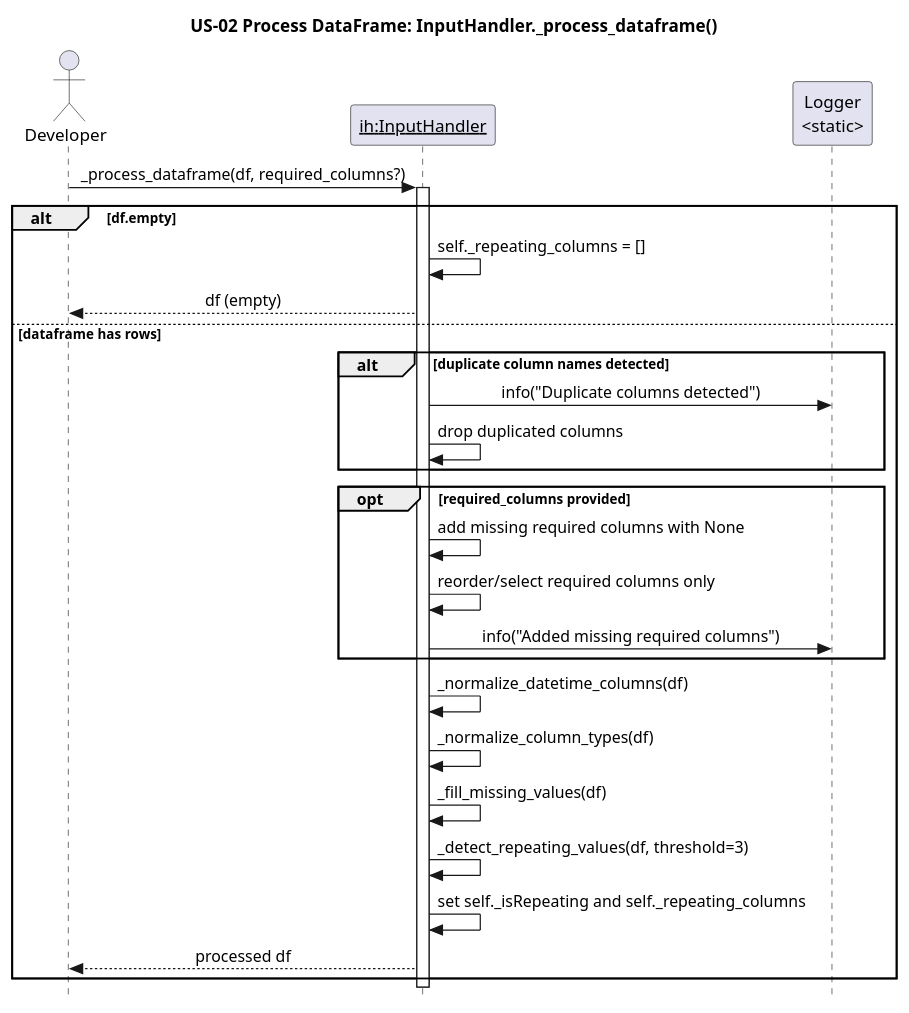
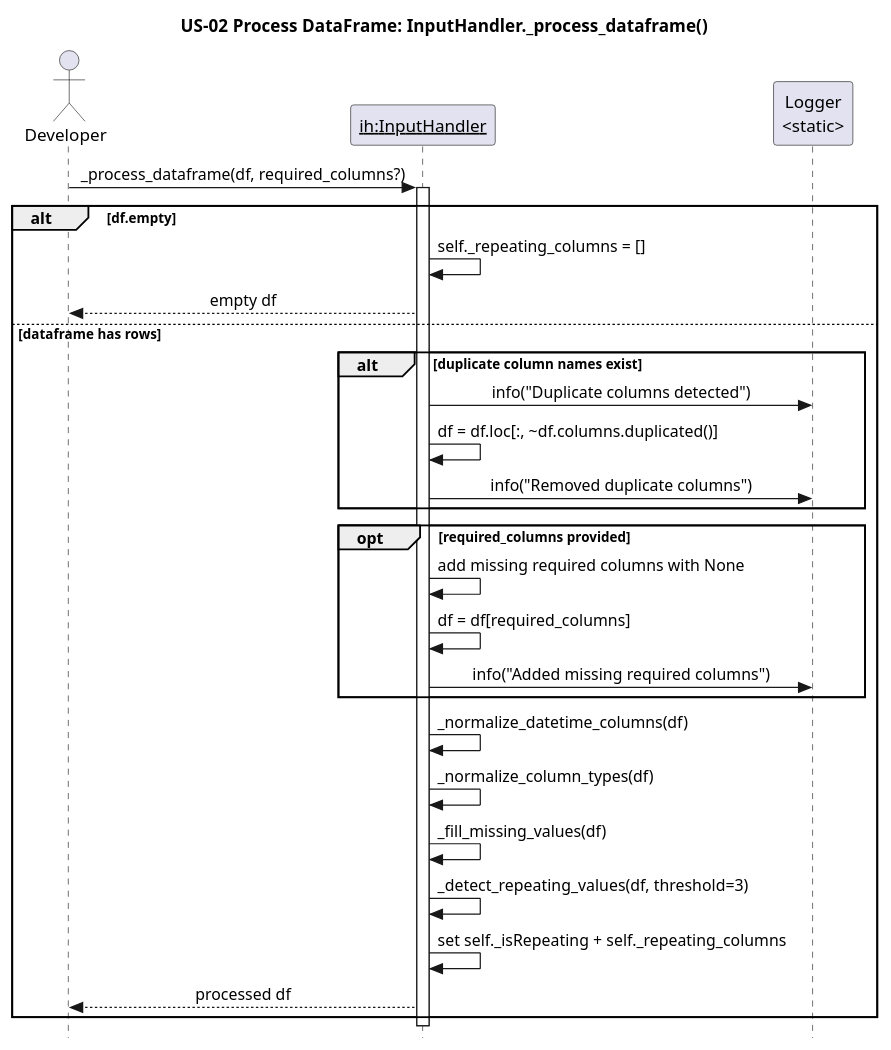
Before and after one commit to egrembocki/htmrl: the diagram in docs/puml/US/us-02.puml, drawn with PlantUML. The commit also changed 5 other files, not shown here.

Commit message:
Update US sequence diagrams for current InputHandler flow

```diff
--- a/docs/puml/US/us-02.puml
+++ b/docs/puml/US/us-02.puml
@@ -1,38 +1,39 @@
 @startuml
 skinparam style strictuml
 skinparam sequenceMessageAlign center
 skinparam responseMessageBelowArrow true
 title US-02 Process DataFrame: InputHandler._process_dataframe()
 
 actor Developer
 participant "<u>ih:InputHandler</u>" as IH
 participant "Logger\n<static>" as LOG
 
 Developer -> IH: _process_dataframe(df, required_columns?)
 activate IH
 
 alt df.empty
   IH -> IH: self._repeating_columns = []
-  IH --> Developer: df (empty)
+  IH --> Developer: empty df
 else dataframe has rows
-  alt duplicate column names detected
+  alt duplicate column names exist
     IH -> LOG: info("Duplicate columns detected")
-    IH -> IH: drop duplicated columns
+    IH -> IH: df = df.loc[:, ~df.columns.duplicated()]
+    IH -> LOG: info("Removed duplicate columns")
   end
 
   opt required_columns provided
     IH -> IH: add missing required columns with None
-    IH -> IH: reorder/select required columns only
+    IH -> IH: df = df[required_columns]
     IH -> LOG: info("Added missing required columns")
   end
 
   IH -> IH: _normalize_datetime_columns(df)
   IH -> IH: _normalize_column_types(df)
   IH -> IH: _fill_missing_values(df)
   IH -> IH: _detect_repeating_values(df, threshold=3)
-  IH -> IH: set self._isRepeating and self._repeating_columns
+  IH -> IH: set self._isRepeating + self._repeating_columns
   IH --> Developer: processed df
 end
 
 deactivate IH
 @enduml
```
